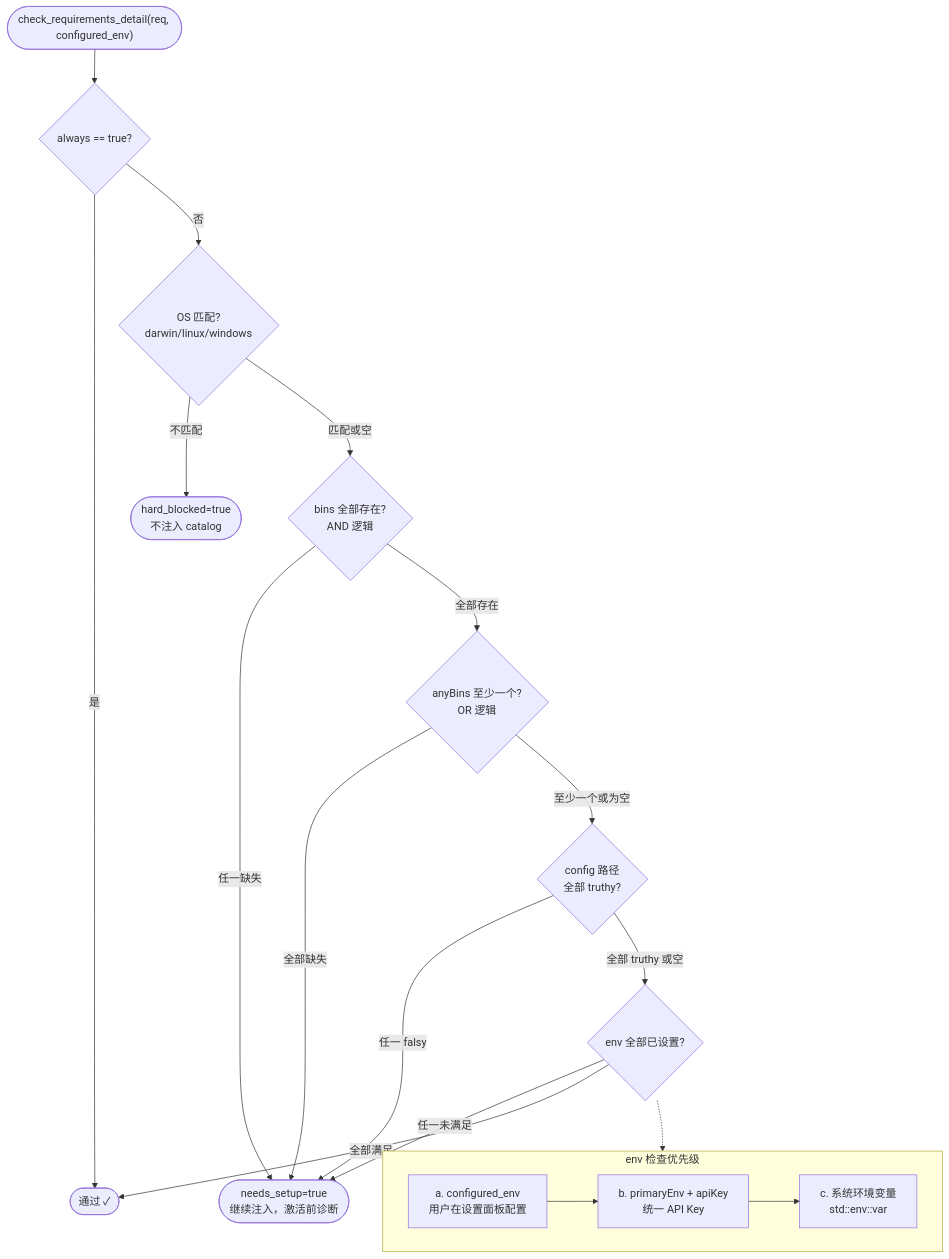
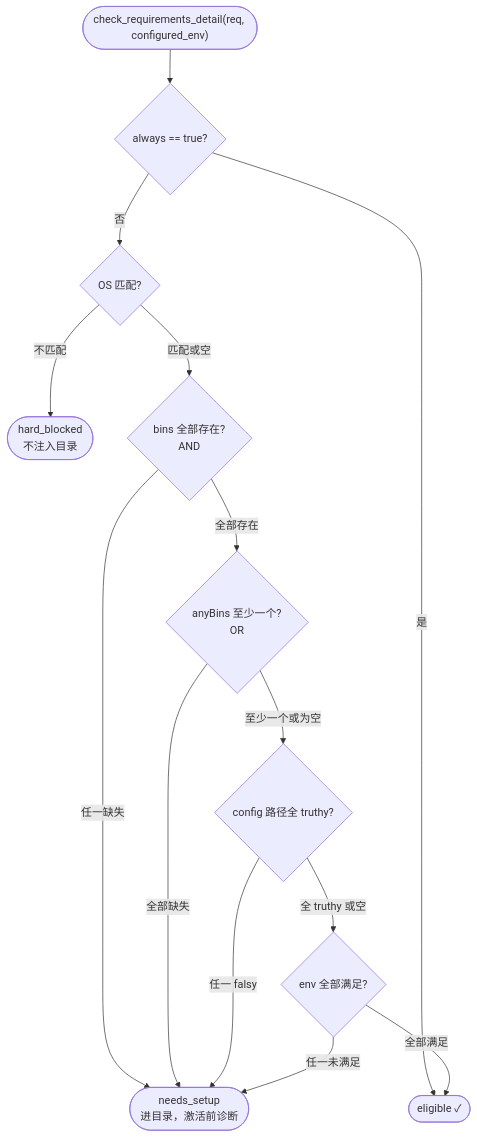
Before and after one commit to shiwenwen/hope-agent: the fifth of 19 diagrams in docs/architecture/skill-system.md, drawn with Mermaid. The commit also changed other lines of this file, not shown here.

````diff
--- a/docs/architecture/skill-system.md
+++ b/docs/architecture/skill-system.md
@@ -395,30 +389,18 @@
 ```mermaid
 flowchart TD
     START(["check_requirements_detail(req, configured_env)"]) --> ALWAYS{"always == true?"}
-    ALWAYS -->|是| PASS(["通过 ✓"])
-    ALWAYS -->|否| OS{"OS 匹配?<br/>darwin/linux/windows"}
+    ALWAYS -->|是| PASS(["eligible ✓"])
+    ALWAYS -->|否| OS{"OS 匹配?"}
 
-    OS -->|不匹配| HARD(["hard_blocked=true<br/>不注入 catalog"])
-    OS -->|匹配或空| BINS{"bins 全部存在?<br/>AND 逻辑"}
+    OS -->|不匹配| HARD(["hard_blocked<br/>不注入目录"])
+    OS -->|匹配或空| BINS{"bins 全部存在?<br/>AND"}
 
-    BINS -->|任一缺失| SOFT(["needs_setup=true<br/>继续注入，激活前诊断"])
-    BINS -->|全部存在| ANYBINS{"anyBins 至少一个?<br/>OR 逻辑"}
-
+    BINS -->|任一缺失| SOFT(["needs_setup<br/>进目录，激活前诊断"])
+    BINS -->|全部存在| ANYBINS{"anyBins 至少一个?<br/>OR"}
     ANYBINS -->|全部缺失| SOFT
-    ANYBINS -->|至少一个或为空| CONFIG{"config 路径<br/>全部 truthy?"}
-
+    ANYBINS -->|至少一个或为空| CONFIG{"config 路径全 truthy?"}
     CONFIG -->|任一 falsy| SOFT
-    CONFIG -->|全部 truthy 或空| ENV{"env 全部已设置?"}
-
+    CONFIG -->|全 truthy 或空| ENV{"env 全部满足?"}
     ENV -->|任一未满足| SOFT
     ENV -->|全部满足| PASS
-
-    subgraph ENV_CHECK["env 检查优先级"]
-        direction LR
-        E1["a. configured_env<br/>用户在设置面板配置"] --> E2["b. primaryEnv + apiKey<br/>统一 API Key"]
-        E2 --> E3["c. 系统环境变量<br/>std::env::var"]
-    end
-
-    ENV -.-> ENV_CHECK
-
 ```
````
